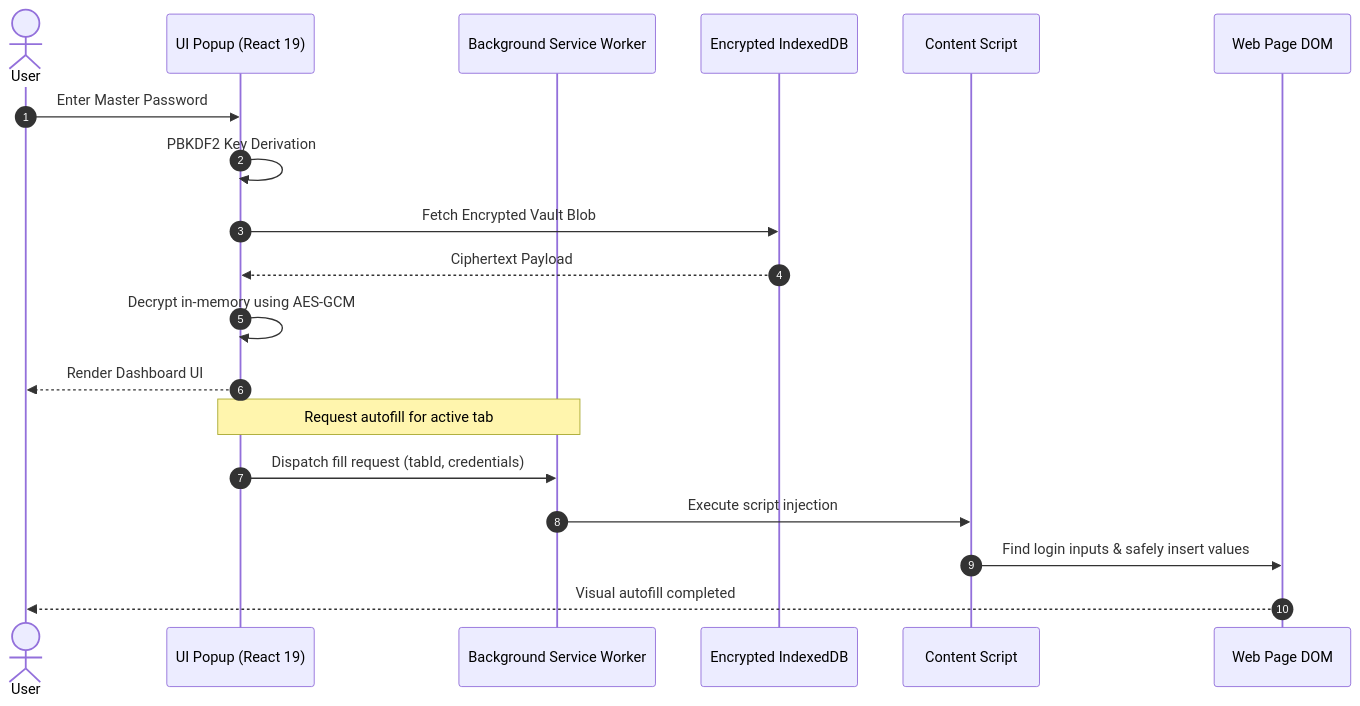
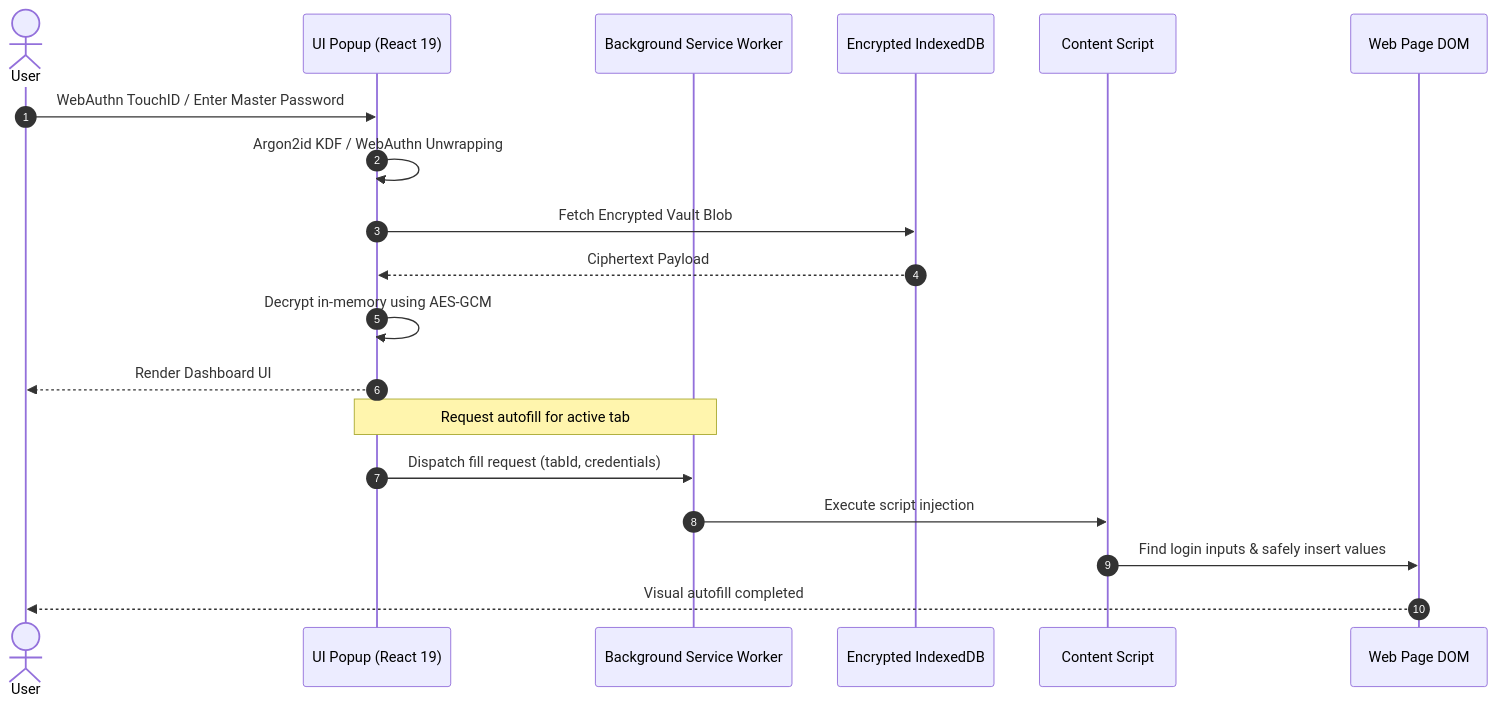
The diagram in README.md (Abhishek-047/Ai-Pass-Extension-), drawn with Mermaid before and after one commit. The commit also changed other lines of this file and 48 other files, not shown here.

Commit message:
feat: implement WebAuthn Biometric unlock and update README

````diff
--- a/README.md
+++ b/README.md
@@ -63,23 +63,23 @@
 ```mermaid
 sequenceDiagram
     autonumber
     actor User
     participant Popup as UI Popup (React 19)
     participant Worker as Background Service Worker
     participant DB as Encrypted IndexedDB
     participant Content as Content Script
     participant Page as Web Page DOM
 
-    User->>Popup: Enter Master Password
-    Popup->>Popup: PBKDF2 Key Derivation
+    User->>Popup: WebAuthn TouchID / Enter Master Password
+    Popup->>Popup: Argon2id KDF / WebAuthn Unwrapping
     Popup->>DB: Fetch Encrypted Vault Blob
     DB-->>Popup: Ciphertext Payload
     Popup->>Popup: Decrypt in-memory using AES-GCM
     Popup-->>User: Render Dashboard UI
     
     Note over Popup,Worker: Request autofill for active tab
     Popup->>Worker: Dispatch fill request (tabId, credentials)
     Worker->>Content: Execute script injection
     Content->>Page: Find login inputs & safely insert values
     Page-->>User: Visual autofill completed
 ```
````
